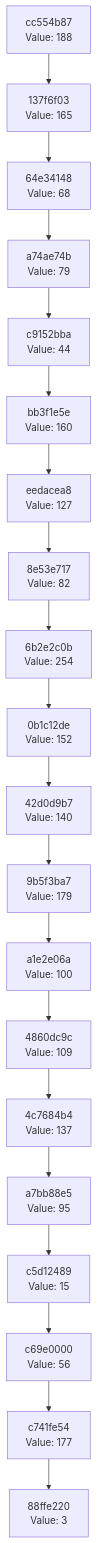
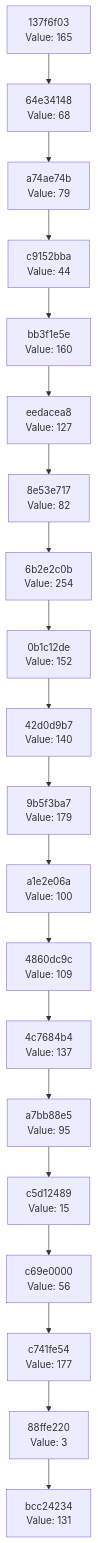
One commit to Abhisheksinha1506/hash-chain-evolver changed the diagram in docs/CHAIN_VISUALIZATION.md. Above: the diagram before and after it, drawn with Mermaid. The commit also changed 1 other file, not shown here.

Commit message:
Evolution step: hash 0x83 → action executed

````diff
--- a/docs/CHAIN_VISUALIZATION.md
+++ b/docs/CHAIN_VISUALIZATION.md
@@ -3,42 +3,42 @@
 ```mermaid
 graph TD
-    C0["88ffe220<br/>Value: 3"]
-    C1["c741fe54<br/>Value: 177"]
+    C0["bcc24234<br/>Value: 131"]
+    C1["88ffe220<br/>Value: 3"]
     C1 --> C0
-    C2["c69e0000<br/>Value: 56"]
+    C2["c741fe54<br/>Value: 177"]
     C2 --> C1
-    C3["c5d12489<br/>Value: 15"]
+    C3["c69e0000<br/>Value: 56"]
     C3 --> C2
-    C4["a7bb88e5<br/>Value: 95"]
+    C4["c5d12489<br/>Value: 15"]
     C4 --> C3
-    C5["4c7684b4<br/>Value: 137"]
+    C5["a7bb88e5<br/>Value: 95"]
     C5 --> C4
-    C6["4860dc9c<br/>Value: 109"]
+    C6["4c7684b4<br/>Value: 137"]
     C6 --> C5
-    C7["a1e2e06a<br/>Value: 100"]
+    C7["4860dc9c<br/>Value: 109"]
     C7 --> C6
-    C8["9b5f3ba7<br/>Value: 179"]
+    C8["a1e2e06a<br/>Value: 100"]
     C8 --> C7
-    C9["42d0d9b7<br/>Value: 140"]
+    C9["9b5f3ba7<br/>Value: 179"]
     C9 --> C8
-    C10["0b1c12de<br/>Value: 152"]
+    C10["42d0d9b7<br/>Value: 140"]
     C10 --> C9
-    C11["6b2e2c0b<br/>Value: 254"]
+    C11["0b1c12de<br/>Value: 152"]
     C11 --> C10
-    C12["8e53e717<br/>Value: 82"]
+    C12["6b2e2c0b<br/>Value: 254"]
     C12 --> C11
-    C13["eedacea8<br/>Value: 127"]
+    C13["8e53e717<br/>Value: 82"]
     C13 --> C12
-    C14["bb3f1e5e<br/>Value: 160"]
+    C14["eedacea8<br/>Value: 127"]
     C14 --> C13
-    C15["c9152bba<br/>Value: 44"]
+    C15["bb3f1e5e<br/>Value: 160"]
     C15 --> C14
-    C16["a74ae74b<br/>Value: 79"]
+    C16["c9152bba<br/>Value: 44"]
     C16 --> C15
-    C17["64e34148<br/>Value: 68"]
+    C17["a74ae74b<br/>Value: 79"]
     C17 --> C16
-    C18["137f6f03<br/>Value: 165"]
+    C18["64e34148<br/>Value: 68"]
     C18 --> C17
-    C19["cc554b87<br/>Value: 188"]
+    C19["137f6f03<br/>Value: 165"]
     C19 --> C18
 ```
````
